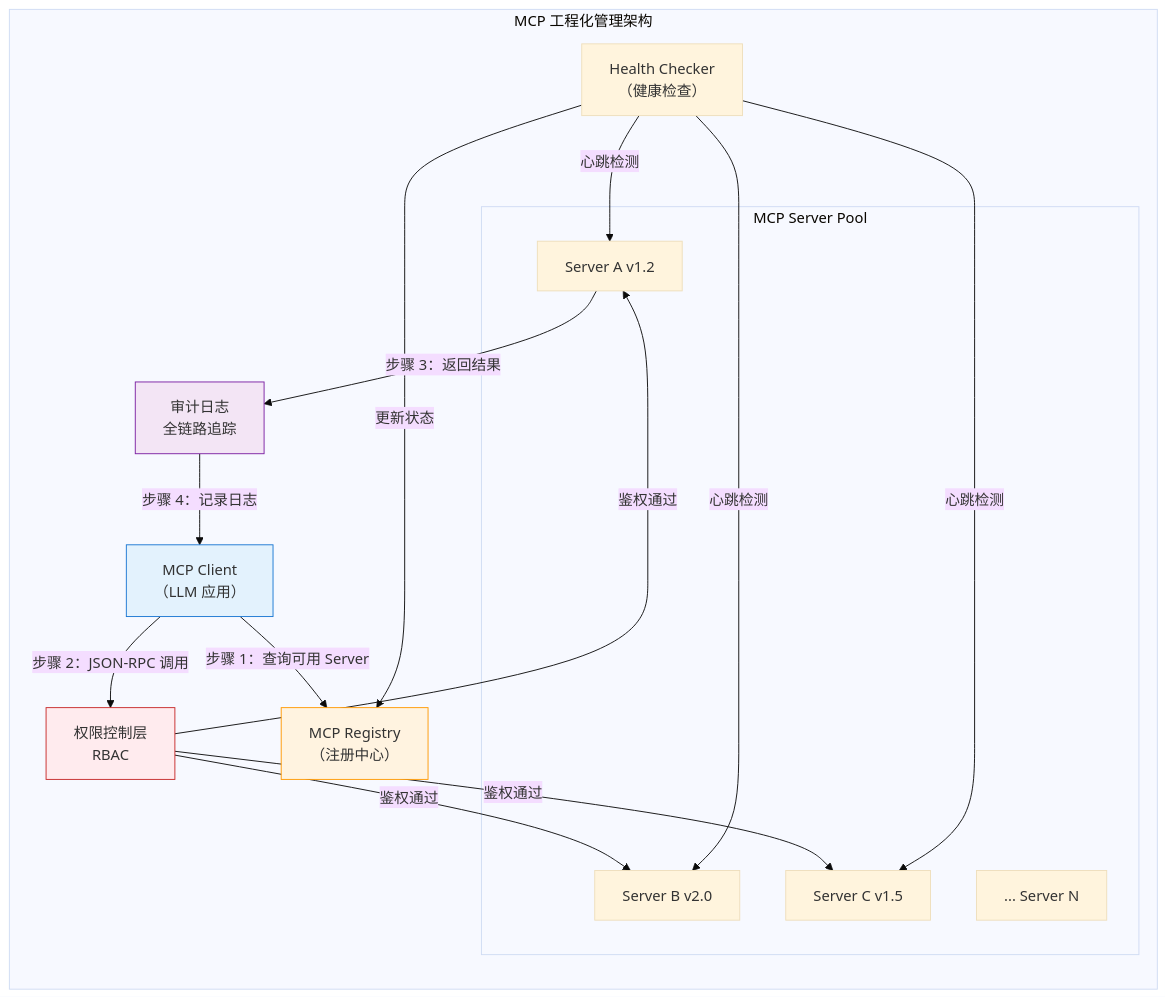
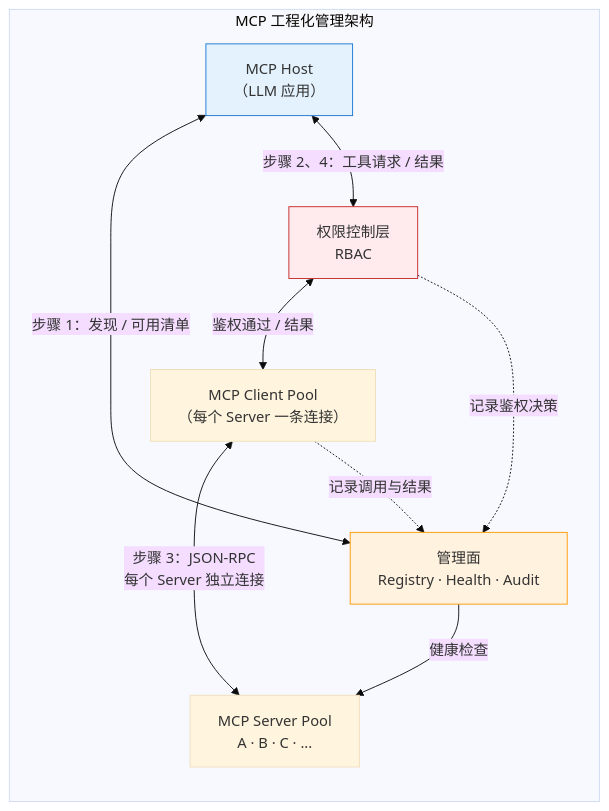
One commit to BeefWrap4/LLM-Knowledge-Base changed the ninth of 20 diagrams in 15_Agent智能体开发.md. Above: the diagram before and after it, drawn with Mermaid (base theme). The commit also changed other lines of this file and 8 other files, not shown here.

Commit message:
Fix Mermaid semantics and Obsidian layouts

````diff
--- a/15_Agent智能体开发.md
+++ b/15_Agent智能体开发.md
@@ -1189,42 +1189,24 @@
 ```mermaid
 graph TB
     subgraph "MCP 工程化管理架构"
         direction TB
 
-        Client["MCP Client
-（LLM 应用）"]
-        Registry["MCP Registry
-（注册中心）"]
-        HC["Health Checker
-（健康检查）"]
+        Host["MCP Host<br/>（LLM 应用）"]
+        ClientPool["MCP Client Pool<br/>（每个 Server 一条连接）"]
+        Servers["MCP Server Pool<br/>A · B · C · ..."]
+        Auth["权限控制层<br/>RBAC"]
+        Ops["管理面<br/>Registry · Health · Audit"]
 
-        subgraph "MCP Server Pool"
-            S1["Server A v1.2"]
-            S2["Server B v2.0"]
-            S3["Server C v1.5"]
-            SN["... Server N"]
-        end
-
-        Auth["权限控制层
-RBAC"]
-        Audit["审计日志
-全链路追踪"]
-
-        Client -->|"步骤 1：查询可用 Server"| Registry
-        Client -->|"步骤 2：JSON-RPC 调用"| Auth
-        Auth -->|"鉴权通过"| S1
-        Auth -->|"鉴权通过"| S2
-        Auth -->|"鉴权通过"| S3
-        S1 -->|"步骤 3：返回结果"| Audit
-        Audit -->|"步骤 4：记录日志"| Client
-        HC -->|"心跳检测"| S1
-        HC -->|"心跳检测"| S2
-        HC -->|"心跳检测"| S3
-        HC -->|"更新状态"| Registry
+        Host <-->|"步骤 1：发现 / 可用清单"| Ops
+        Host <-->|"步骤 2、4：工具请求 / 结果"| Auth
+        Auth <-->|"鉴权通过 / 结果"| ClientPool
+        ClientPool <-->|"步骤 3：JSON-RPC<br/>每个 Server 独立连接"| Servers
+        Ops -->|"健康检查"| Servers
+        Auth -.->|"记录鉴权决策"| Ops
+        ClientPool -.->|"记录调用与结果"| Ops
     end
 
-    style Client fill:#e3f2fd,stroke:#1976d2
-    style Registry fill:#fff3e0,stroke:#ff9800
+    style Host fill:#e3f2fd,stroke:#1976d2
+    style Ops fill:#fff3e0,stroke:#ff9800
     style Auth fill:#ffebee,stroke:#c62828
-    style Audit fill:#f3e5f5,stroke:#7b1fa2
 ```
````
